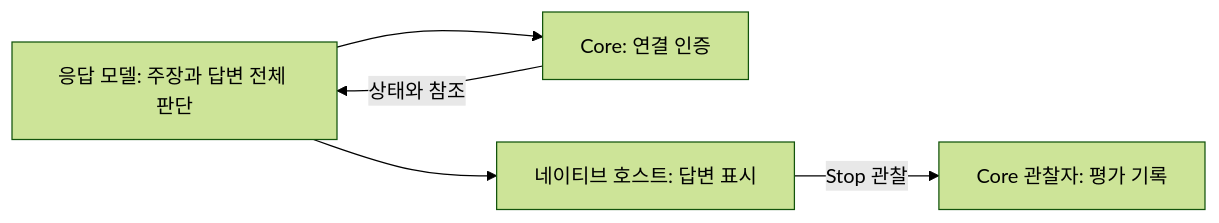
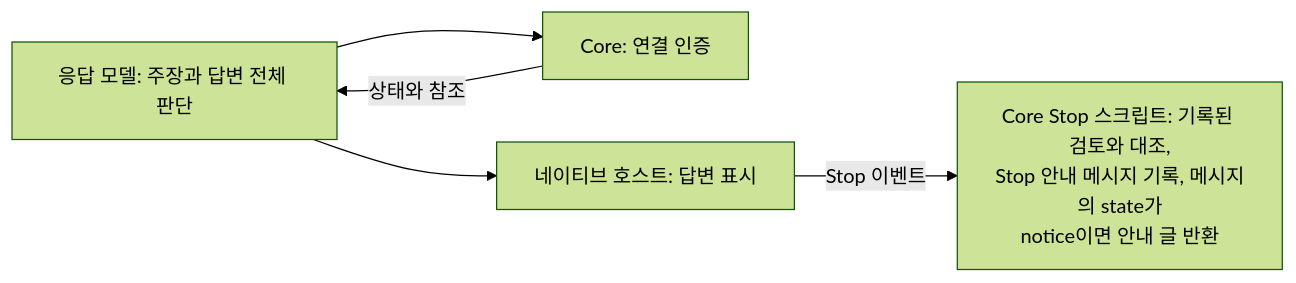
One commit to AidALL/ghost-alice changed the diagram in docs/ko/policies/tool-output-semantics.md. Above: the diagram before and after it, drawn with Mermaid (forest theme). The commit also changed other lines of this file and 30 other files, not shown here.

````diff
--- a/docs/ko/policies/tool-output-semantics.md
+++ b/docs/ko/policies/tool-output-semantics.md
@@ -19,7 +19,7 @@
 ```mermaid
 flowchart LR
   M["응답 모델: 주장과 답변 전체 판단"] --> C["Core: 연결 인증"]
   C -->|상태와 참조| M
   M --> H["네이티브 호스트: 답변 표시"]
-  H -->|Stop 관찰| S["Core 관찰자: 평가 기록"]
+  H -->|Stop 이벤트| S["Core Stop 스크립트: 기록된 검토와 대조,<br/>Stop 안내 메시지 기록, 메시지의 state가<br/>notice이면 안내 글 반환"]
 ```
````
